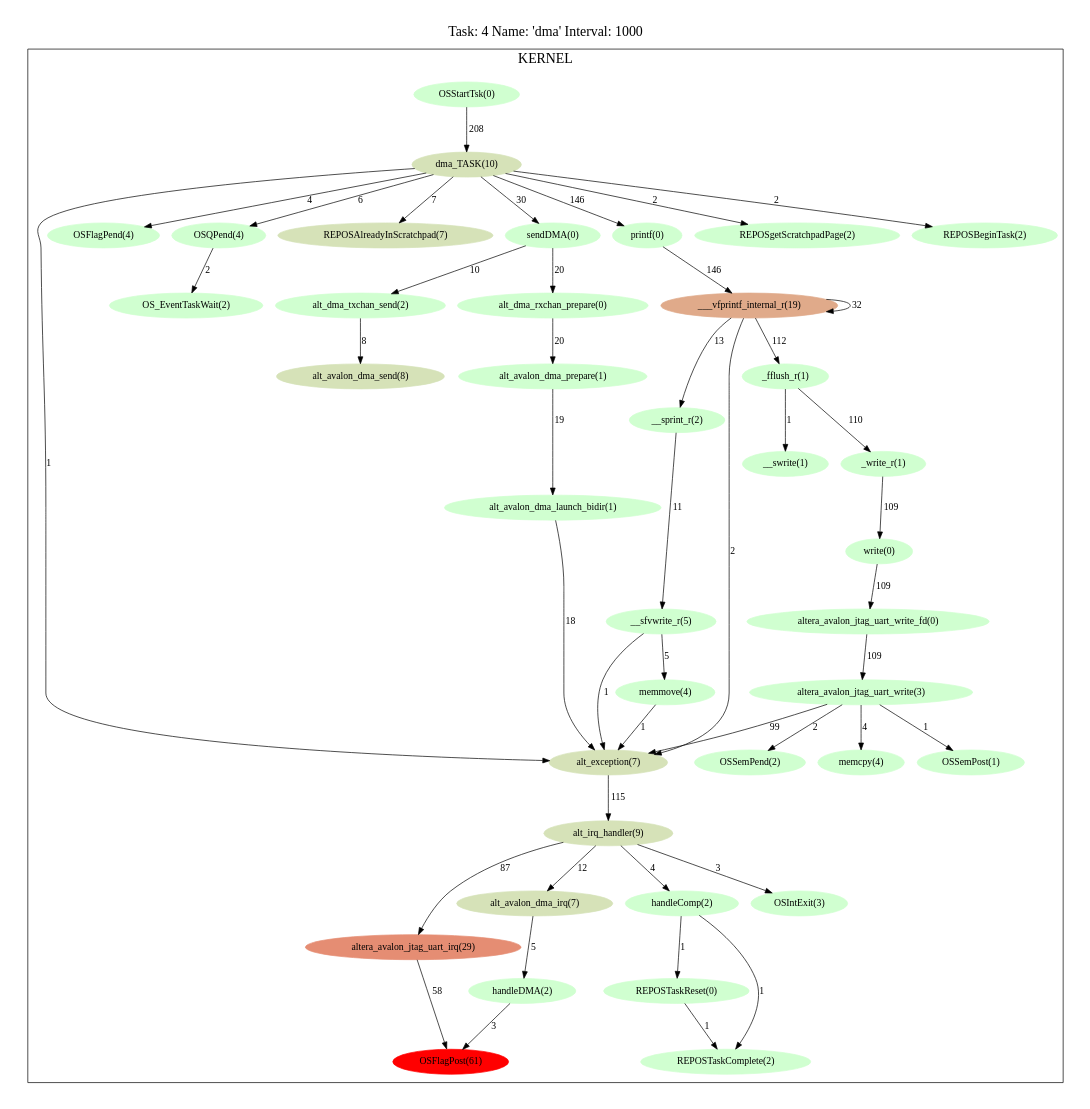
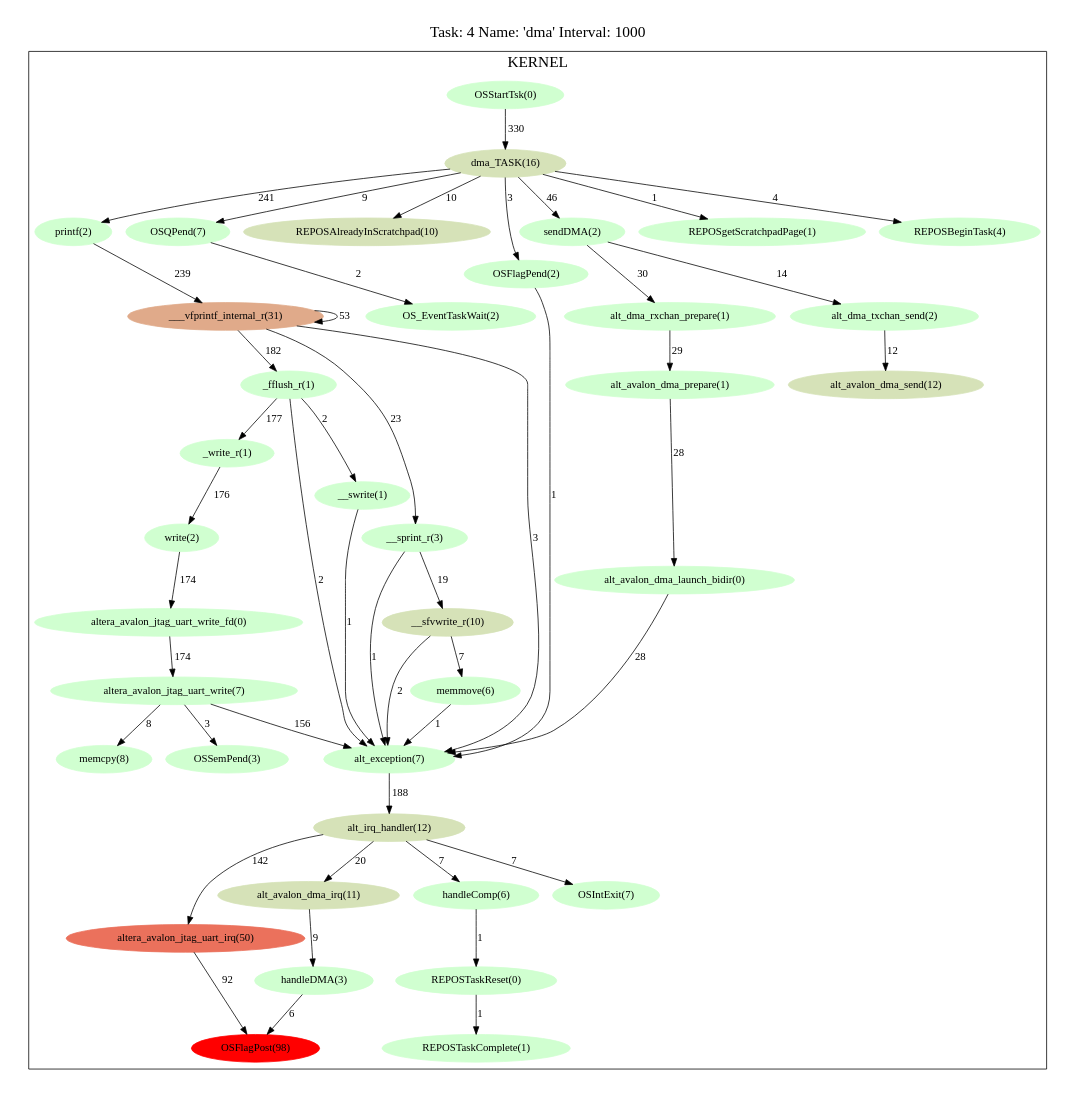
Before and after one commit to jcaplan/fingerprinting: the diagram in ovp_platform/platform_2_tlb/4.dma.cpum.dot, drawn with Graphviz. The commit also changed 236 other files, not shown here.

```diff
--- a/ovp_platform/platform_2_tlb/4.dma.cpum.dot
+++ b/ovp_platform/platform_2_tlb/4.dma.cpum.dot
@@ -1,132 +1,131 @@
 digraph prof {
   size="6,6";
   ratio = fill;
   fontsize = "20";
   node [style=filled];
   labelloc = "t";
   label = "Task: 4 Name: 'dma' Interval: 1000";
   subgraph cluster_kernel {
     label = "KERNEL";
-    "F16" [label = "alt_exception(7)"];
-    "F16" -> "F17" [label = 115];
-    "F17" [label = "alt_irq_handler(9)"];
-    "F17" -> "F18" [label = 87];
-    "F17" -> "F20" [label = 12];
-    "F17" -> "F27" [label = 4];
-    "F17" -> "F31" [label = 3];
-    "F27" [label = "handleComp(2)"];
+    "F11" [label = "alt_exception(7)"];
+    "F11" -> "F12" [label = 188];
+    "F12" [label = "alt_irq_handler(12)"];
+    "F12" -> "F13" [label = 142];
+    "F12" -> "F18" [label = 20];
+    "F12" -> "F26" [label = 7];
+    "F12" -> "F31" [label = 7];
+    "F26" [label = "handleComp(6)"];
+    "F26" -> "F27" [label = 1];
+    "F21" [label = "__sfvwrite_r(10)"];
+    "F21" -> "F22" [label = 7];
+    "F21" -> "F11" [label = 2];
+    "F32" [label = "memcpy(8)"];
+    "F22" [label = "memmove(6)"];
+    "F22" -> "F11" [label = 1];
+    "F6" [label = "_fflush_r(1)"];
+    "F6" -> "F7" [label = 177];
+    "F6" -> "F30" [label = 2];
+    "F6" -> "F11" [label = 2];
+    "F30" [label = "__swrite(1)"];
+    "F30" -> "F11" [label = 1];
+    "F7" [label = "_write_r(1)"];
+    "F7" -> "F8" [label = 176];
+    "F8" [label = "write(2)"];
+    "F8" -> "F9" [label = 174];
+    "F31" [label = "OSIntExit(7)"];
+    "F36" [label = "OS_EventTaskWait(2)"];
+    "F25" [label = "OSFlagPend(2)"];
+    "F25" -> "F11" [label = 1];
+    "F14" [label = "OSFlagPost(98)"];
+    "F35" [label = "OSQPend(7)"];
+    "F35" -> "F36" [label = 2];
+    "F33" [label = "OSSemPend(3)"];
+    "F17" [label = "alt_avalon_dma_launch_bidir(0)"];
+    "F17" -> "F11" [label = 28];
+    "F16" [label = "alt_avalon_dma_prepare(1)"];
+    "F16" -> "F17" [label = 28];
+    "F29" [label = "alt_avalon_dma_send(12)"];
+    "F18" [label = "alt_avalon_dma_irq(11)"];
+    "F18" -> "F19" [label = 9];
+    "F9" [label = "altera_avalon_jtag_uart_write_fd(0)"];
+    "F9" -> "F10" [label = 174];
+    "F13" [label = "altera_avalon_jtag_uart_irq(50)"];
+    "F13" -> "F14" [label = 92];
+    "F10" [label = "altera_avalon_jtag_uart_write(7)"];
+    "F10" -> "F11" [label = 156];
+    "F10" -> "F32" [label = 8];
+    "F10" -> "F33" [label = 3];
+    "F24" [label = "alt_dma_txchan_send(2)"];
+    "F24" -> "F29" [label = 12];
+    "F15" [label = "alt_dma_rxchan_prepare(1)"];
+    "F15" -> "F16" [label = 29];
+    "F1" [label = "dma_TASK(16)"];
+    "F1" -> "F2" [label = 10];
+    "F1" -> "F3" [label = 46];
+    "F1" -> "F4" [label = 241];
+    "F1" -> "F23" [label = 1];
+    "F1" -> "F25" [label = 3];
+    "F1" -> "F34" [label = 4];
+    "F1" -> "F35" [label = 9];
+    "F19" [label = "handleDMA(3)"];
+    "F19" -> "F14" [label = 6];
+    "F3" [label = "sendDMA(2)"];
+    "F3" -> "F15" [label = 30];
+    "F3" -> "F24" [label = 14];
+    "F23" [label = "REPOSgetScratchpadPage(1)"];
+    "F2" [label = "REPOSAlreadyInScratchpad(10)"];
+    "F28" [label = "REPOSTaskComplete(1)"];
+    "F34" [label = "REPOSBeginTask(4)"];
+    "F27" [label = "REPOSTaskReset(0)"];
     "F27" -> "F28" [label = 1];
-    "F27" -> "F29" [label = 1];
-    "F23" [label = "__sfvwrite_r(5)"];
-    "F23" -> "F24" [label = 5];
-    "F23" -> "F16" [label = 1];
-    "F32" [label = "memcpy(4)"];
-    "F24" [label = "memmove(4)"];
-    "F24" -> "F16" [label = 1];
-    "F10" [label = "_fflush_r(1)"];
-    "F10" -> "F11" [label = 1];
-    "F10" -> "F12" [label = 110];
-    "F11" [label = "__swrite(1)"];
-    "F12" [label = "_write_r(1)"];
-    "F12" -> "F13" [label = 109];
-    "F13" [label = "write(0)"];
-    "F13" -> "F14" [label = 109];
-    "F31" [label = "OSIntExit(3)"];
-    "F37" [label = "OS_EventTaskWait(2)"];
-    "F7" [label = "OSFlagPend(4)"];
-    "F19" [label = "OSFlagPost(61)"];
-    "F36" [label = "OSQPend(4)"];
-    "F36" -> "F37" [label = 2];
-    "F33" [label = "OSSemPend(2)"];
-    "F35" [label = "OSSemPost(1)"];
-    "F6" [label = "alt_avalon_dma_launch_bidir(1)"];
-    "F6" -> "F16" [label = 18];
-    "F5" [label = "alt_avalon_dma_prepare(1)"];
-    "F5" -> "F6" [label = 19];
-    "F30" [label = "alt_avalon_dma_send(8)"];
-    "F20" [label = "alt_avalon_dma_irq(7)"];
-    "F20" -> "F21" [label = 5];
-    "F14" [label = "altera_avalon_jtag_uart_write_fd(0)"];
-    "F14" -> "F15" [label = 109];
-    "F18" [label = "altera_avalon_jtag_uart_irq(29)"];
-    "F18" -> "F19" [label = 58];
-    "F15" [label = "altera_avalon_jtag_uart_write(3)"];
-    "F15" -> "F16" [label = 99];
-    "F15" -> "F32" [label = 4];
-    "F15" -> "F33" [label = 2];
-    "F15" -> "F35" [label = 1];
-    "F26" [label = "alt_dma_txchan_send(2)"];
-    "F26" -> "F30" [label = 8];
-    "F4" [label = "alt_dma_rxchan_prepare(0)"];
-    "F4" -> "F5" [label = 20];
-    "F1" [label = "dma_TASK(10)"];
-    "F1" -> "F2" [label = 7];
-    "F1" -> "F3" [label = 30];
-    "F1" -> "F7" [label = 4];
-    "F1" -> "F8" [label = 146];
-    "F1" -> "F25" [label = 2];
-    "F1" -> "F16" [label = 1];
-    "F1" -> "F34" [label = 2];
-    "F1" -> "F36" [label = 6];
-    "F21" [label = "handleDMA(2)"];
-    "F21" -> "F19" [label = 3];
-    "F3" [label = "sendDMA(0)"];
-    "F3" -> "F4" [label = 20];
-    "F3" -> "F26" [label = 10];
-    "F25" [label = "REPOSgetScratchpadPage(2)"];
-    "F2" [label = "REPOSAlreadyInScratchpad(7)"];
-    "F29" [label = "REPOSTaskComplete(2)"];
-    "F34" [label = "REPOSBeginTask(2)"];
-    "F28" [label = "REPOSTaskReset(0)"];
-    "F28" -> "F29" [label = 1];
     "F0" [label = "OSStartTsk(0)"];
-    "F0" -> "F1" [label = 208];
-    "F8" [label = "printf(0)"];
-    "F8" -> "F9" [label = 146];
-    "F22" [label = "__sprint_r(2)"];
-    "F22" -> "F23" [label = 11];
-    "F9" [label = "___vfprintf_internal_r(19)"];
-    "F9" -> "F10" [label = 112];
-    "F9" -> "F9" [label = 32];
-    "F9" -> "F22" [label = 13];
-    "F9" -> "F16" [label = 2];
-    "F16" [color="#d6e2b8"];
-    "F17" [color="#d6e2b8"];
+    "F0" -> "F1" [label = 330];
+    "F4" [label = "printf(2)"];
+    "F4" -> "F5" [label = 239];
+    "F20" [label = "__sprint_r(3)"];
+    "F20" -> "F21" [label = 19];
+    "F20" -> "F11" [label = 1];
+    "F5" [label = "___vfprintf_internal_r(31)"];
+    "F5" -> "F6" [label = 182];
+    "F5" -> "F5" [label = 53];
+    "F5" -> "F20" [label = 23];
+    "F5" -> "F11" [label = 3];
+    "F11" [color="#d0ffd0"];
+    "F12" [color="#d6e2b8"];
+    "F26" [color="#d0ffd0"];
+    "F21" [color="#d6e2b8"];
+    "F32" [color="#d0ffd0"];
+    "F22" [color="#d0ffd0"];
+    "F6" [color="#d0ffd0"];
+    "F30" [color="#d0ffd0"];
+    "F7" [color="#d0ffd0"];
+    "F8" [color="#d0ffd0"];
+    "F31" [color="#d0ffd0"];
+    "F36" [color="#d0ffd0"];
+    "F25" [color="#d0ffd0"];
+    "F14" [color="#ff0000"];
+    "F35" [color="#d0ffd0"];
+    "F33" [color="#d0ffd0"];
+    "F17" [color="#d0ffd0"];
+    "F16" [color="#d0ffd0"];
+    "F29" [color="#d6e2b8"];
+    "F18" [color="#d6e2b8"];
+    "F9" [color="#d0ffd0"];
+    "F13" [color="#eb715c"];
+    "F10" [color="#d0ffd0"];
+    "F24" [color="#d0ffd0"];
+    "F15" [color="#d0ffd0"];
+    "F1" [color="#d6e2b8"];
+    "F19" [color="#d0ffd0"];
+    "F3" [color="#d0ffd0"];
+    "F23" [color="#d0ffd0"];
+    "F2" [color="#d6e2b8"];
+    "F28" [color="#d0ffd0"];
+    "F34" [color="#d0ffd0"];
     "F27" [color="#d0ffd0"];
-    "F23" [color="#d0ffd0"];
-    "F32" [color="#d0ffd0"];
-    "F24" [color="#d0ffd0"];
-    "F10" [color="#d0ffd0"];
-    "F11" [color="#d0ffd0"];
-    "F12" [color="#d0ffd0"];
-    "F13" [color="#d0ffd0"];
-    "F31" [color="#d0ffd0"];
-    "F37" [color="#d0ffd0"];
-    "F7" [color="#d0ffd0"];
-    "F19" [color="#ff0000"];
-    "F36" [color="#d0ffd0"];
-    "F33" [color="#d0ffd0"];
-    "F35" [color="#d0ffd0"];
-    "F6" [color="#d0ffd0"];
-    "F5" [color="#d0ffd0"];
-    "F30" [color="#d6e2b8"];
-    "F20" [color="#d6e2b8"];
-    "F14" [color="#d0ffd0"];
-    "F18" [color="#e58d73"];
-    "F15" [color="#d0ffd0"];
-    "F26" [color="#d0ffd0"];
+    "F0" [color="#d0ffd0"];
     "F4" [color="#d0ffd0"];
-    "F1" [color="#d6e2b8"];
-    "F21" [color="#d0ffd0"];
-    "F3" [color="#d0ffd0"];
-    "F25" [color="#d0ffd0"];
-    "F2" [color="#d6e2b8"];
-    "F29" [color="#d0ffd0"];
-    "F34" [color="#d0ffd0"];
-    "F28" [color="#d0ffd0"];
-    "F0" [color="#d0ffd0"];
-    "F8" [color="#d0ffd0"];
-    "F22" [color="#d0ffd0"];
-    "F9" [color="#e0aa8a"];
+    "F20" [color="#d0ffd0"];
+    "F5" [color="#e0aa8a"];
   }
 }
```
